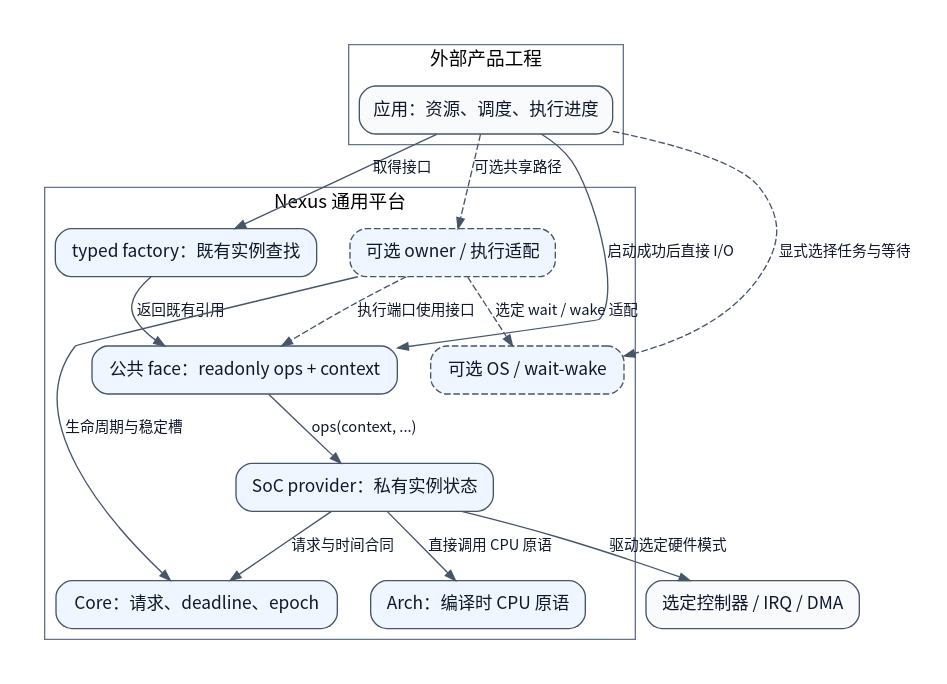
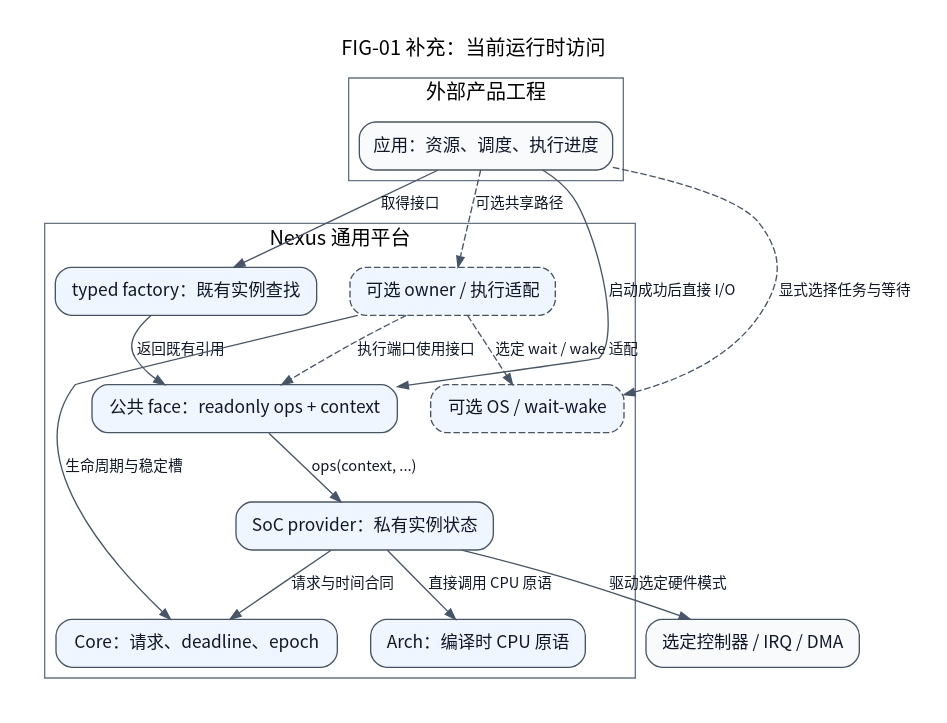
Before and after one commit to X-Gen-Lab/nexus: the diagram in docs/assets/diagrams/platform-runtime.dot, drawn with Graphviz. The commit also changed 169 other files, not shown here.

```diff
--- a/docs/assets/diagrams/platform-runtime.dot
+++ b/docs/assets/diagrams/platform-runtime.dot
@@ -1,38 +1,38 @@
 // FIG-01 current: runtime access, not the complete CMake dependency graph.
-// Code basis: 929a3bd684152fc3d49717bbd51497f554e5e8d5.
+// Code basis: 0111c8d3b9c7b37d258b9c401070305b13b6f3a1.
 // Factory lookup and ordinary I/O are separate paths.
 digraph platformRuntime {
-    graph [rankdir=TB, bgcolor="white", pad=0.25, nodesep=0.35, ranksep=0.55];
+    graph [label="FIG-01 补充：当前运行时访问", fontname="Noto Sans CJK SC", fontsize=15, labelloc=t, rankdir=TB, bgcolor="white", pad=0.25, nodesep=0.35, ranksep=0.55];
     node [shape=box, style="rounded,filled", fillcolor="#eff6ff",
           color="#475569", fontcolor="#0f172a", fontname="Noto Sans CJK SC",
           fontsize=13, margin="0.16,0.10"];
     edge [color="#475569", fontcolor="#0f172a",
           fontname="Noto Sans CJK SC", fontsize=11, arrowsize=0.8];
     subgraph clusterProduct {
         label="外部产品工程"; color="#64748b"; fontname="Noto Sans CJK SC";
         app [label="应用：资源、调度、执行进度", fillcolor="#f8fafc"];
     }
     subgraph clusterPlatform {
         label="Nexus 通用平台"; color="#64748b"; fontname="Noto Sans CJK SC";
         factory [label="typed factory：既有实例查找"];
         face [label="公共 face：readonly ops + context"];
         owner [label="可选 owner / 执行适配", style="rounded,dashed,filled"];
         waitPort [label="可选 OS / wait-wake", style="rounded,dashed,filled"];
         provider [label="SoC provider：私有实例状态"];
         core [label="Core：请求、deadline、epoch"];
         arch [label="Arch：编译时 CPU 原语"];
     }
     hardware [label="选定控制器 / IRQ / DMA", fillcolor="#f8fafc"];
     app -> factory [label="取得接口"];
     factory -> face [label="返回既有引用"];
     app -> face [label="启动成功后直接 I/O"];
     app -> owner [label="可选共享路径", style=dashed];
     owner -> face [label="执行端口使用接口", style=dashed];
     app -> waitPort [label="显式选择任务与等待", style=dashed];
     owner -> waitPort [label="选定 wait / wake 适配", style=dashed];
     owner -> core [label="生命周期与稳定槽"];
     provider -> core [label="请求与时间合同"];
     provider -> arch [label="直接调用 CPU 原语"];
     face -> provider [label="ops(context, ...)"];
     provider -> hardware [label="驱动选定硬件模式"];
 }
```
